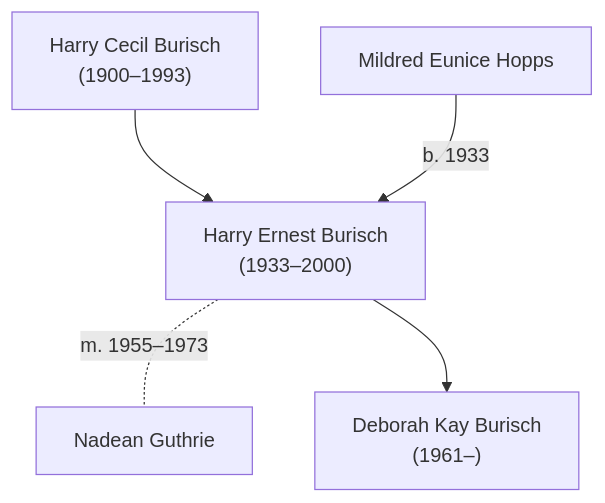
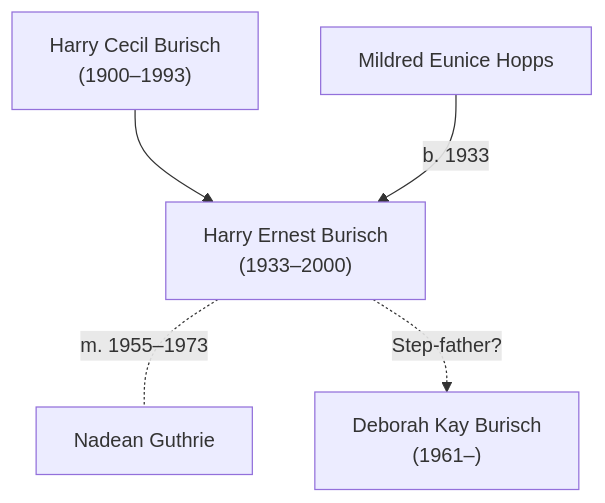
Before and after one commit to Black-Star-Institute/blackstar.github.io: the second of 2 diagrams in docs/people/burisch_harry.md, drawn with Mermaid. The commit also changed other lines of this file and 3 other files, not shown here.

````diff
--- a/docs/people/burisch_harry.md
+++ b/docs/people/burisch_harry.md
@@ -59,9 +59,9 @@
 ```mermaid
 graph TD;
   harryc["Harry Cecil Burisch\n(1900&ndash;1993)"] --> harry
   mildred[Mildred Eunice Hopps] -- b. 1933 --> harry
   harry["Harry Ernest Burisch\n(1933&ndash;2000)"]
   harry -. "m. 1955&ndash;1973" -.-  nadine[Nadean Guthrie]
-  harry --> debbie["Deborah Kay Burisch\n(1961&ndash;)"]
+  harry -. "Step-father?" .-> debbie["Deborah Kay Burisch\n(1961&ndash;)"]
 
 ```
````
